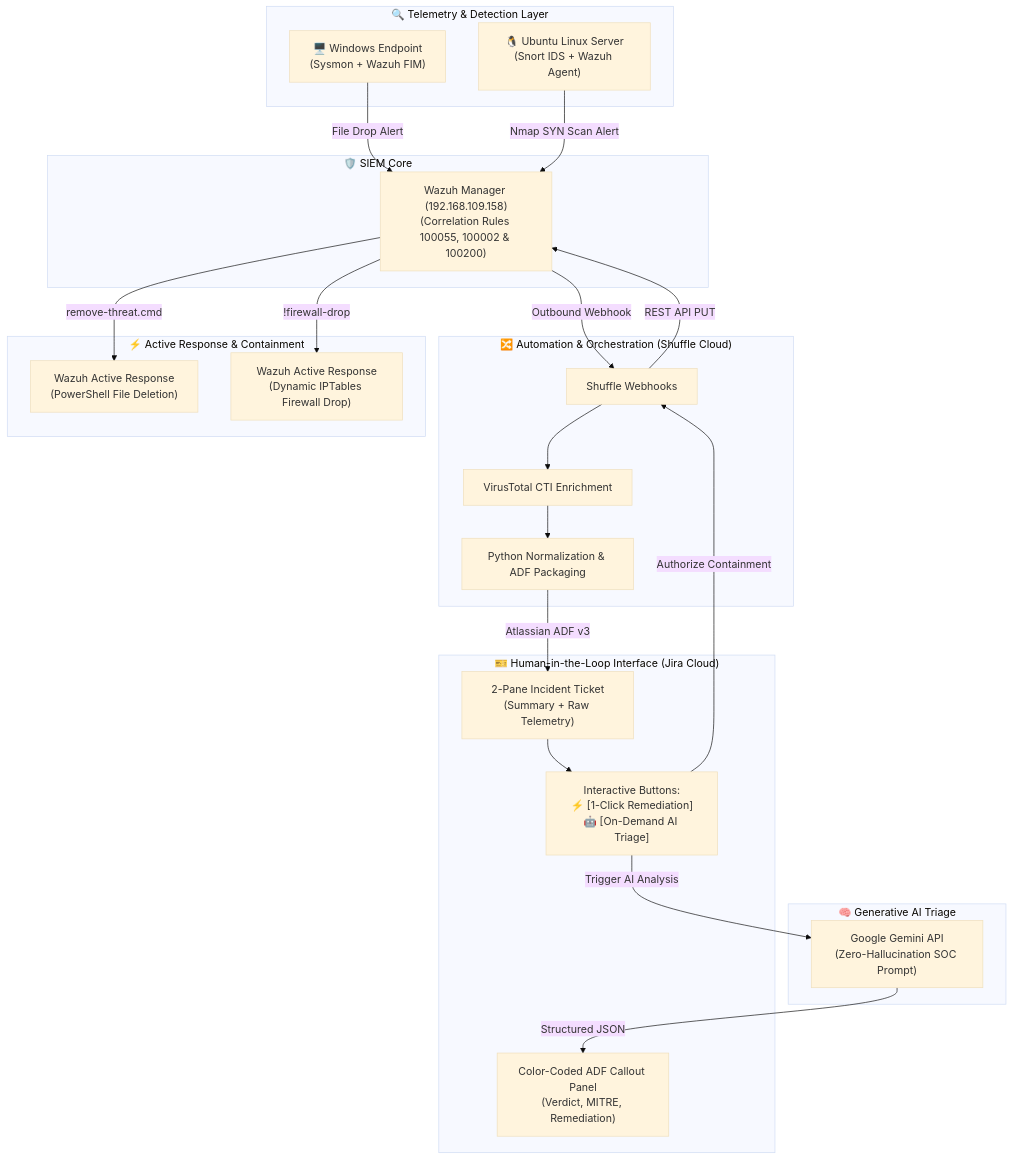
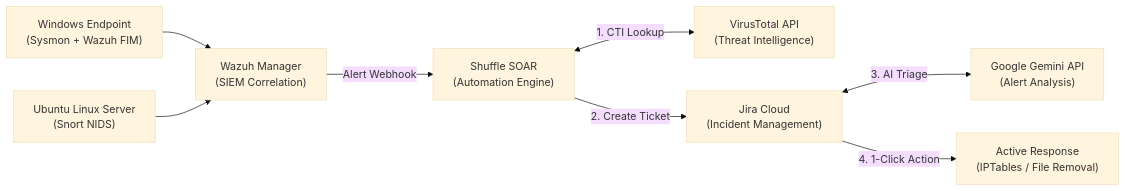
The diagram in README.md (mikeH1fsd/soc-soar-ai-lab), drawn with Mermaid (base theme) before and after one commit.

Commit message:
docs: streamline architecture diagram with clean minimalist flowchart

````diff
--- a/README.md
+++ b/README.md
@@ -25,46 +25,17 @@
 ```mermaid
-flowchart TD
-    subgraph Detection["🔍 Telemetry & Detection Layer"]
-        A1["🖥️ Windows Endpoint<br/>(Sysmon + Wazuh FIM)"]
-        A2["🐧 Ubuntu Linux Server<br/>(Snort IDS + Wazuh Agent)"]
-    end
+flowchart LR
+    %% 1. Telemetry & Sensors
+    WIN["Windows Endpoint<br/>(Sysmon + Wazuh FIM)"] --> WAZUH["Wazuh Manager<br/>(SIEM Correlation)"]
+    UBU["Ubuntu Linux Server<br/>(Snort NIDS)"] --> WAZUH
 
-    subgraph SIEM["🛡️ SIEM Core"]
-        W1["Wazuh Manager (192.168.109.158)<br/>(Correlation Rules 100055, 100002 & 100200)"]
-    end
+    %% 2. SIEM to SOAR
+    WAZUH -->|Alert Webhook| SHUFFLE["Shuffle SOAR<br/>(Automation Engine)"]
 
-    subgraph SOAR["🔀 Automation & Orchestration (Shuffle Cloud)"]
-        S1["Shuffle Webhooks"]
-        S2["Python Normalization & ADF Packaging"]
-        S3["VirusTotal CTI Enrichment"]
-    end
+    %% 3. SOAR to CTI & Jira
+    SHUFFLE <-->|1. CTI Lookup| VT["VirusTotal API<br/>(Threat Intelligence)"]
+    SHUFFLE -->|2. Create Ticket| JIRA["Jira Cloud<br/>(Incident Management)"]
 
-    subgraph AI["🧠 Generative AI Triage"]
-        G1["Google Gemini API<br/>(Zero-Hallucination SOC Prompt)"]
-    end
-
-    subgraph ITSM["🎫 Human-in-the-Loop Interface (Jira Cloud)"]
-        J1["2-Pane Incident Ticket<br/>(Summary + Raw Telemetry)"]
-        J2["Interactive Buttons:<br/>⚡ [1-Click Remediation]<br/>🤖 [On-Demand AI Triage]"]
-        J3["Color-Coded ADF Callout Panel<br/>(Verdict, MITRE, Remediation)"]
-    end
-
-    subgraph Response["⚡ Active Response & Containment"]
-        R1["Wazuh Active Response<br/>(PowerShell File Deletion)"]
-        R2["Wazuh Active Response<br/>(Dynamic IPTables Firewall Drop)"]
-    end
-
-    A1 -->|File Drop Alert| W1
-    A2 -->|Nmap SYN Scan Alert| W1
-    W1 -->|Outbound Webhook| S1
-    S1 --> S3
-    S3 --> S2
-    S2 -->|Atlassian ADF v3| J1
-    J1 --> J2
-    J2 -->|Trigger AI Analysis| G1
-    G1 -->|Structured JSON| J3
-    J2 -->|Authorize Containment| S1
-    S1 -->|REST API PUT| W1
-    W1 -->|remove-threat.cmd| R1
-    W1 -->|!firewall-drop| R2
+    %% 4. Jira to AI & Response
+    JIRA <-->|3. AI Triage| GEMINI["Google Gemini API<br/>(Alert Analysis)"]
+    JIRA -->|4. 1-Click Action| AR["Active Response<br/>(IPTables / File Removal)"]
 ```
````
